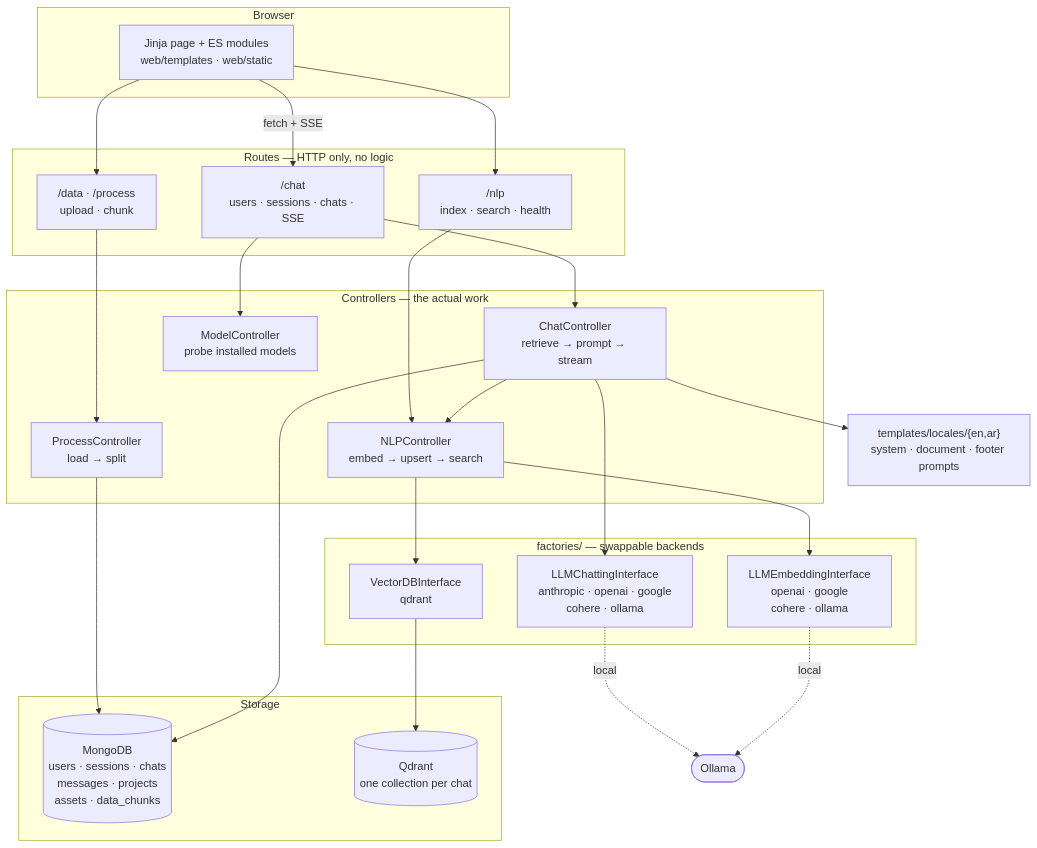
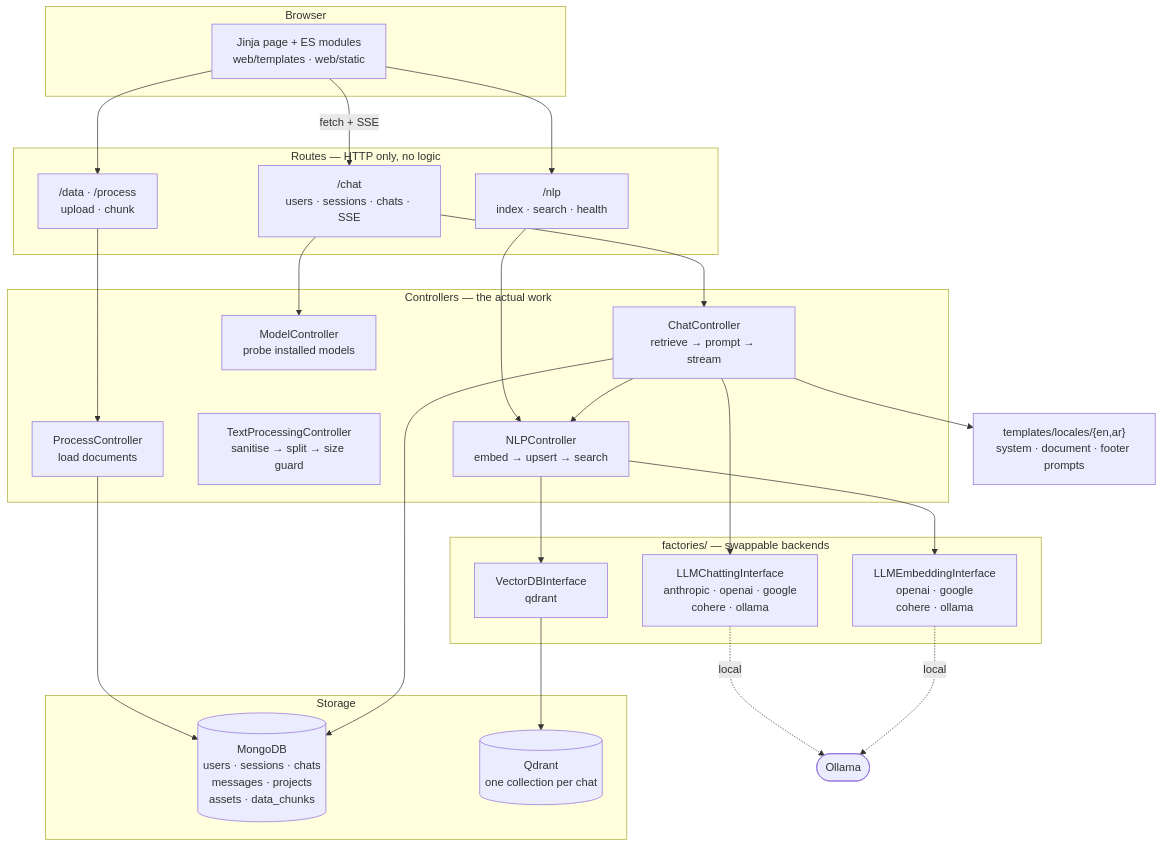
One commit to omarTBakr/notebookllm-minus changed the first of 4 diagrams in README.md. Above: the diagram before and after it, drawn with Mermaid. The commit also changed other lines of this file, not shown here.

````diff
--- a/README.md
+++ b/README.md
@@ -121,50 +151,51 @@
 ```mermaid
 flowchart TB
     subgraph browser["Browser"]
         UI["Jinja page + ES modules<br/>web/templates · web/static"]
     end
 
     subgraph routes["Routes — HTTP only, no logic"]
         R1["/chat<br/>users · sessions · chats · SSE"]
         R2["/data · /process<br/>upload · chunk"]
         R3["/nlp<br/>index · search · health"]
     end
 
     subgraph controllers["Controllers — the actual work"]
         C1["ChatController<br/>retrieve → prompt → stream"]
-        C2["ProcessController<br/>load → split"]
+        C2["ProcessController<br/>load documents"]
+        C5["TextProcessingController<br/>sanitise → split → size guard"]
         C3["NLPController<br/>embed → upsert → search"]
         C4["ModelController<br/>probe installed models"]
     end
 
     subgraph providers["factories/ — swappable backends"]
         P1["LLMChattingInterface<br/>anthropic · openai · google<br/>cohere · ollama"]
         P2["LLMEmbeddingInterface<br/>openai · google<br/>cohere · ollama"]
         P3["VectorDBInterface<br/>qdrant"]
     end
 
     subgraph stores["Storage"]
         M[("MongoDB<br/>users · sessions · chats<br/>messages · projects<br/>assets · data_chunks")]
         Q[("Qdrant<br/>one collection per chat")]
     end
 
     T["templates/locales/{en,ar}<br/>system · document · footer prompts"]
 
     UI -->|"fetch + SSE"| R1
     UI --> R2
     UI --> R3
     R1 --> C1
     R1 --> C4
     R2 --> C2
     R3 --> C3
     C1 --> T
     C1 --> C3
     C1 --> P1
     C3 --> P2
     C3 --> P3
     C2 --> M
     C1 --> M
     P3 --> Q
     P1 -.->|"local"| O(["Ollama"])
     P2 -.->|"local"| O
 ```
````
